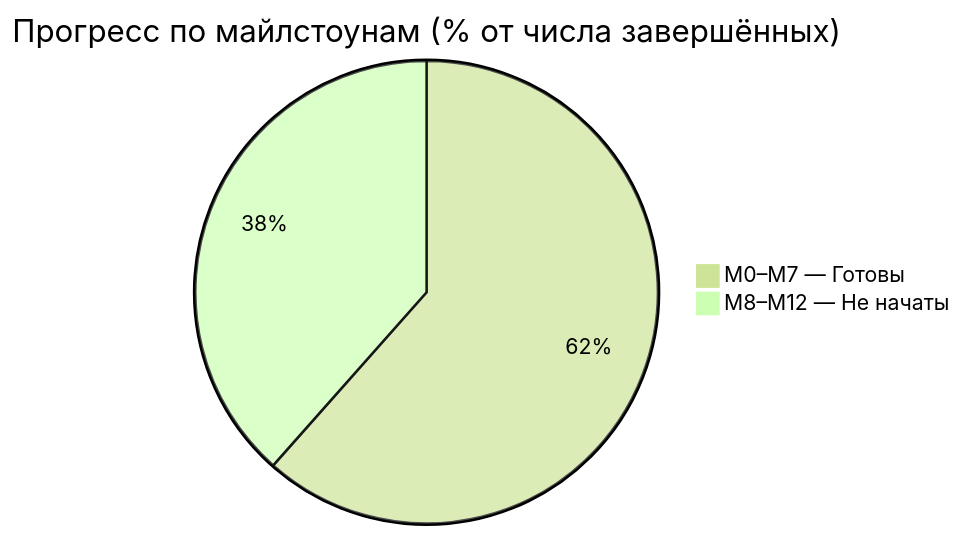
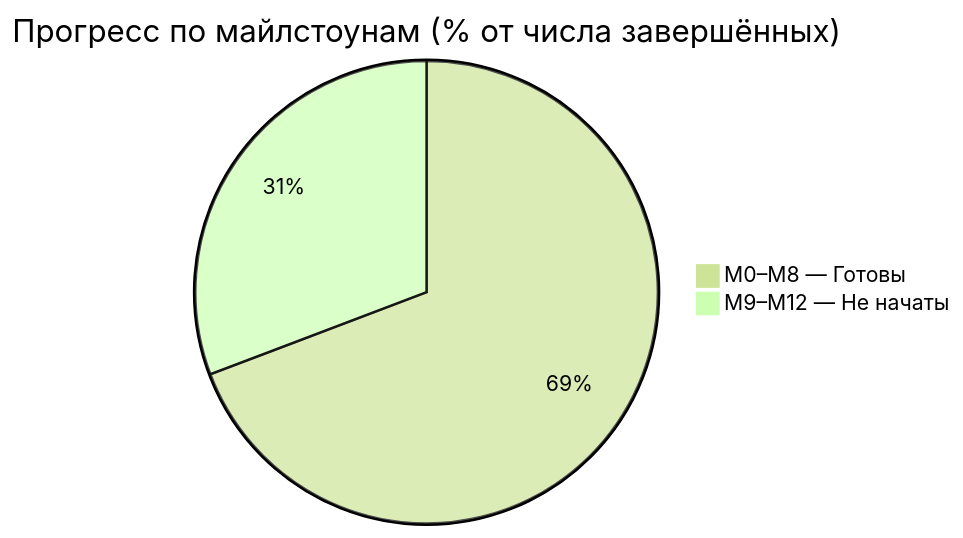
The diagram in Docs-Vault/00 - Dashboard.md (arcsymer/diplomaGame), drawn with Mermaid (forest theme) before and after one commit. The commit also changed other lines of this file and 166 other files, not shown here.

````diff
--- a/Docs-Vault/00 - Dashboard.md
+++ b/Docs-Vault/00 - Dashboard.md
@@ -29,5 +29,5 @@
 ```mermaid
 pie title Прогресс по майлстоунам (% от числа завершённых)
-    "M0–M7 — Готовы" : 8
-    "M8–M12 — Не начаты" : 5
+    "M0–M8 — Готовы" : 9
+    "M9–M12 — Не начаты" : 4
 ```
````
